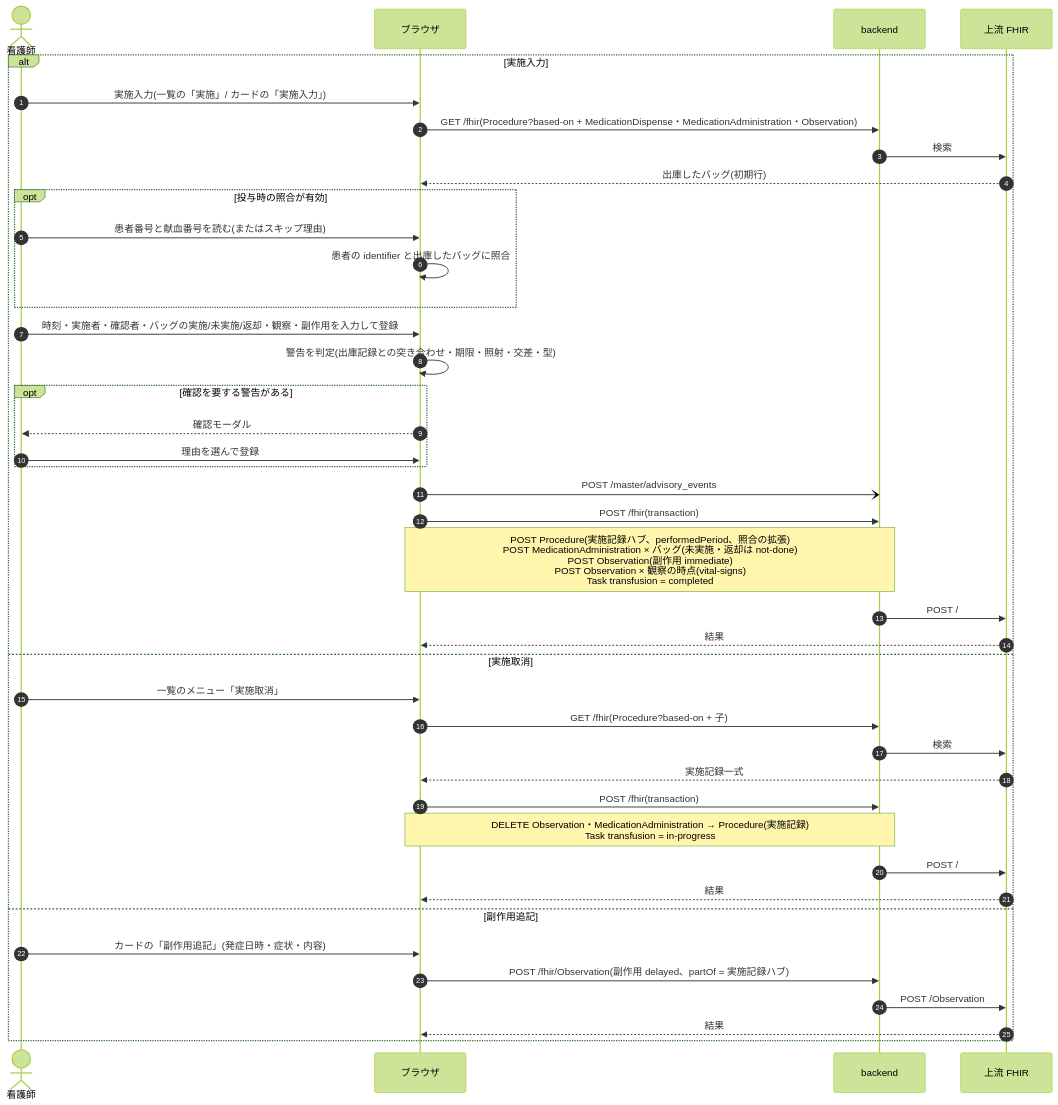
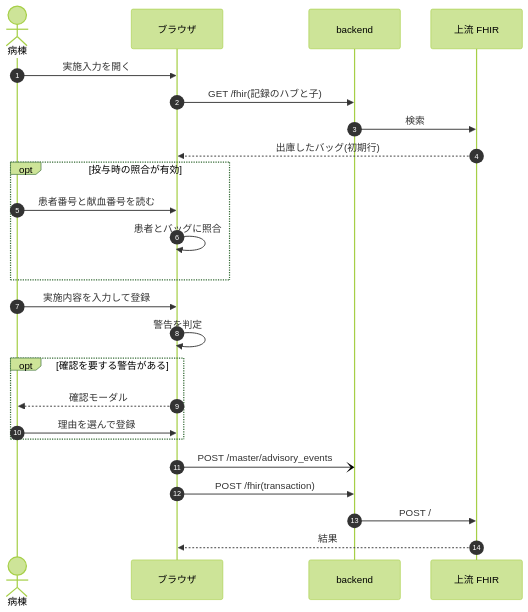
The sixth of 11 diagrams in docs/dev/transfusion.md (ysnr-dev/fhir-client-docs), drawn with Mermaid (forest theme) before and after one commit. The commit also changed other lines of this file and 43 other files, not shown here.

Commit message:
docs: 業務フローとシーケンス図を写し直し

````diff
--- a/docs/dev/transfusion.md
+++ b/docs/dev/transfusion.md
@@ -157,44 +309,27 @@
 ```mermaid
 sequenceDiagram
   autonumber
-  actor Ns as 看護師
+  actor Ns as 病棟
   participant UI as ブラウザ
   participant BE as backend
   participant FHIR as 上流 FHIR
 
-  alt 実施入力
-    Ns->>UI: 実施入力(一覧の「実施」/ カードの「実施入力」)
-    UI->>BE: GET /fhir(Procedure?based-on + MedicationDispense・MedicationAdministration・Observation)
-    BE->>FHIR: 検索
-    FHIR-->>UI: 出庫したバッグ(初期行)
-    opt 投与時の照合が有効
-      Ns->>UI: 患者番号と献血番号を読む(またはスキップ理由)
-      UI->>UI: 患者の identifier と出庫したバッグに照合
-    end
-    Ns->>UI: 時刻・実施者・確認者・バッグの実施/未実施/返却・観察・副作用を入力して登録
-    UI->>UI: 警告を判定(出庫記録との突き合わせ・期限・照射・交差・型)
-    opt 確認を要する警告がある
-      UI-->>Ns: 確認モーダル
-      Ns->>UI: 理由を選んで登録
-    end
-    UI-)BE: POST /master/advisory_events
-    UI->>BE: POST /fhir(transaction)
-    Note over UI,BE: POST Procedure(実施記録ハブ、performedPeriod、照合の拡張)<br/>POST MedicationAdministration × バッグ(未実施・返却は not-done)<br/>POST Observation(副作用 immediate)<br/>POST Observation × 観察の時点(vital-signs)<br/>Task transfusion = completed
-    BE->>FHIR: POST /
-    FHIR-->>UI: 結果
-  else 実施取消
-    Ns->>UI: 一覧のメニュー「実施取消」
-    UI->>BE: GET /fhir(Procedure?based-on + 子)
-    BE->>FHIR: 検索
-    FHIR-->>UI: 実施記録一式
-    UI->>BE: POST /fhir(transaction)
-    Note over UI,BE: DELETE Observation・MedicationAdministration → Procedure(実施記録)<br/>Task transfusion = in-progress
-    BE->>FHIR: POST /
-    FHIR-->>UI: 結果
-  else 副作用追記
-    Ns->>UI: カードの「副作用追記」(発症日時・症状・内容)
-    UI->>BE: POST /fhir/Observation(副作用 delayed、partOf = 実施記録ハブ)
-    BE->>FHIR: POST /Observation
-    FHIR-->>UI: 結果
+  Ns->>UI: 実施入力を開く
+  UI->>BE: GET /fhir(記録のハブと子)
+  BE->>FHIR: 検索
+  FHIR-->>UI: 出庫したバッグ(初期行)
+  opt 投与時の照合が有効
+    Ns->>UI: 患者番号と献血番号を読む
+    UI->>UI: 患者とバッグに照合
   end
+  Ns->>UI: 実施内容を入力して登録
+  UI->>UI: 警告を判定
+  opt 確認を要する警告がある
+    UI-->>Ns: 確認モーダル
+    Ns->>UI: 理由を選んで登録
+  end
+  UI-)BE: POST /master/advisory_events
+  UI->>BE: POST /fhir(transaction)
+  BE->>FHIR: POST /
+  FHIR-->>UI: 結果
 ```
````
